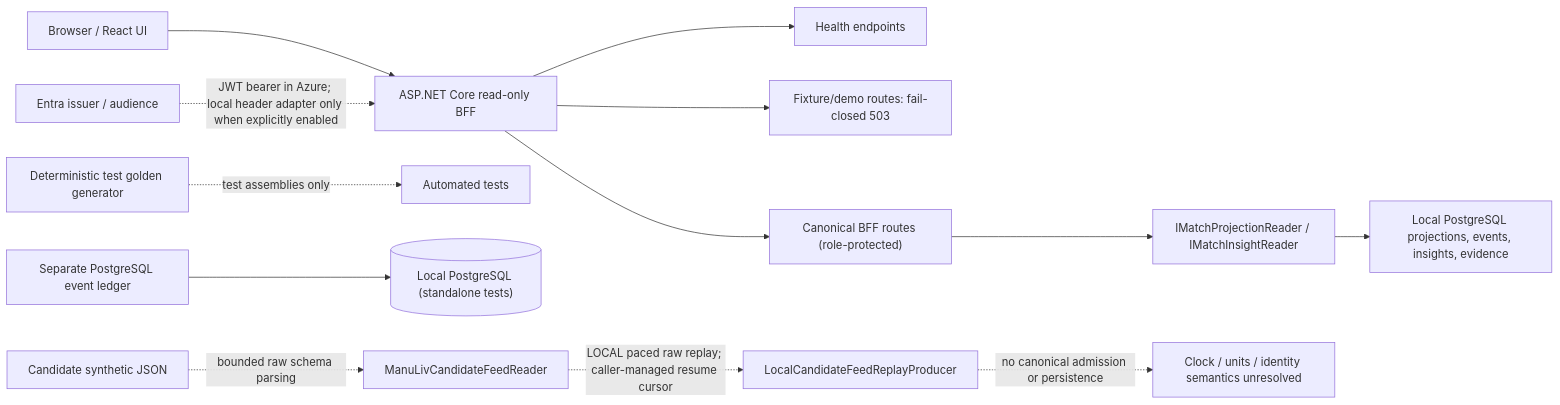
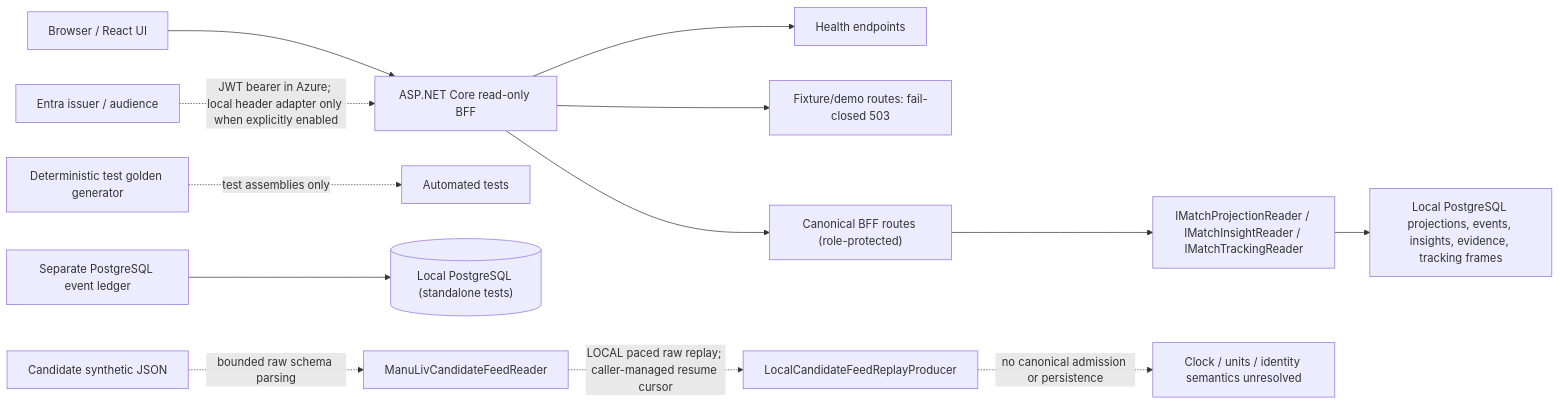
The first of 3 diagrams in docs/architecture/02-container.md (prateekgangopadhyay/PitchMind), drawn with Mermaid before and after one commit. The commit also changed other lines of this file and 20 other files, not shown here.

````diff
--- a/docs/architecture/02-container.md
+++ b/docs/architecture/02-container.md
@@ -7,15 +7,15 @@
 ```mermaid
 flowchart LR
   U["Browser / React UI"] --> A["ASP.NET Core read-only BFF"]
   A --> H["Health endpoints"]
   A --> MR["Fixture/demo routes: fail-closed 503"]
   A --> C["Canonical BFF routes (role-protected)"]
   ID["Entra issuer / audience"] -. "JWT bearer in Azure; local header adapter only when explicitly enabled" .-> A
-  C --> Q["IMatchProjectionReader / IMatchInsightReader"]
-  Q --> PG["Local PostgreSQL projections, events, insights, evidence"]
+  C --> Q["IMatchProjectionReader / IMatchInsightReader / IMatchTrackingReader"]
+  Q --> PG["Local PostgreSQL projections, events, insights, evidence, tracking frames"]
   T["Deterministic test golden generator"] -. test assemblies only .-> Tests["Automated tests"]
   L["Separate PostgreSQL event ledger"] --> P[("Local PostgreSQL (standalone tests)")]
   J["Candidate synthetic JSON"] -. "bounded raw schema parsing" .-> R["ManuLivCandidateFeedReader"]
   R -. "LOCAL paced raw replay; caller-managed resume cursor" .-> RP["LocalCandidateFeedReplayProducer"]
   RP -. "no canonical admission or persistence" .-> X["Clock / units / identity semantics unresolved"]
 ```
````
